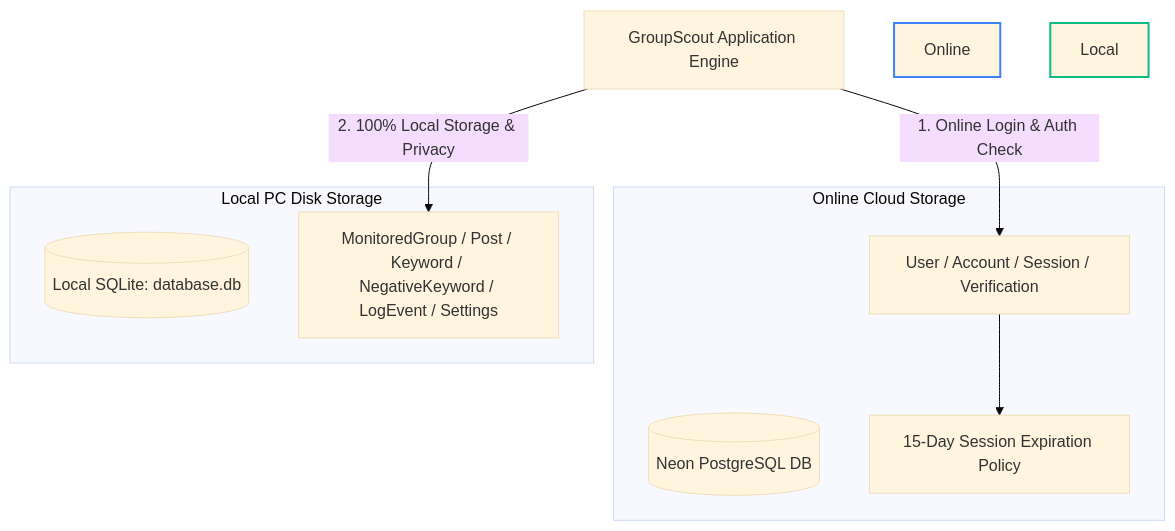
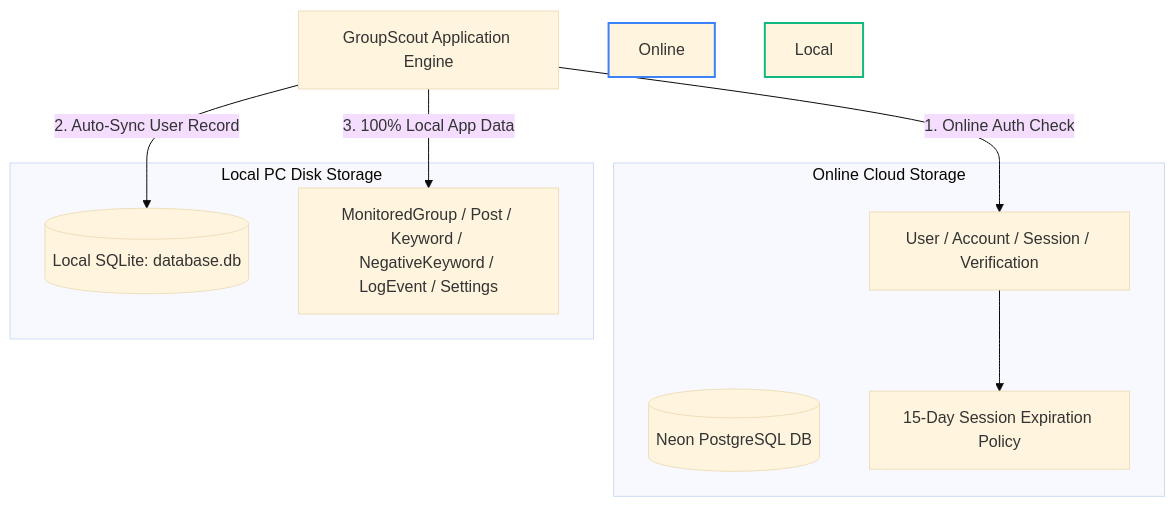
Before and after one commit to Abubakkar-Khan/Group_Scout_Electron: the second of 6 diagrams in README.md, drawn with Mermaid (base theme). The commit also changed other lines of this file, not shown here.

Commit message:
docs: updated README.md with automatic local User sync details

````diff
--- a/README.md
+++ b/README.md
@@ -89,22 +89,23 @@
 ```mermaid
 graph TD
     App[GroupScout Application Engine]
 
     subgraph Online Cloud Storage
         Neon[(Neon PostgreSQL DB)]
         AuthData[User / Account / Session / Verification]
         SessionPolicy[15-Day Session Expiration Policy]
     end
 
     subgraph Local PC Disk Storage
         SQLite[(Local SQLite: database.db)]
         AppData[MonitoredGroup / Post / Keyword / NegativeKeyword / LogEvent / Settings]
     end
 
-    App -->|1. Online Login & Auth Check| AuthData
+    App -->|1. Online Auth Check| AuthData
     AuthData --> SessionPolicy
-    App -->|2. 100% Local Storage & Privacy| AppData
+    App -->|2. Auto-Sync User Record| SQLite
+    App -->|3. 100% Local App Data| AppData
 
     style Online Cloud Storage fill:#1e293b,stroke:#3b82f6,stroke-width:2px;
     style Local PC Disk Storage fill:#064e3b,stroke:#10b981,stroke-width:2px;
 ```
````
